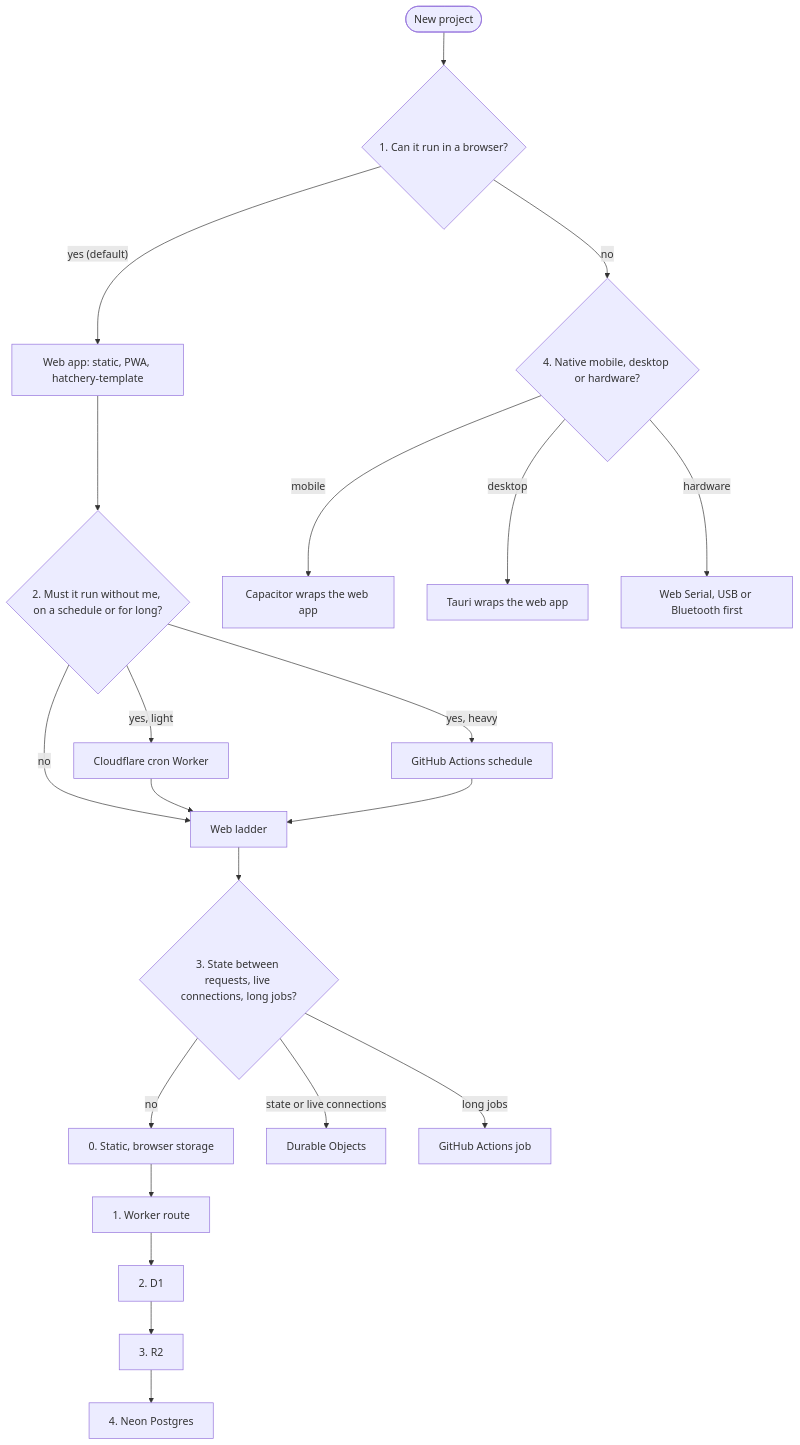
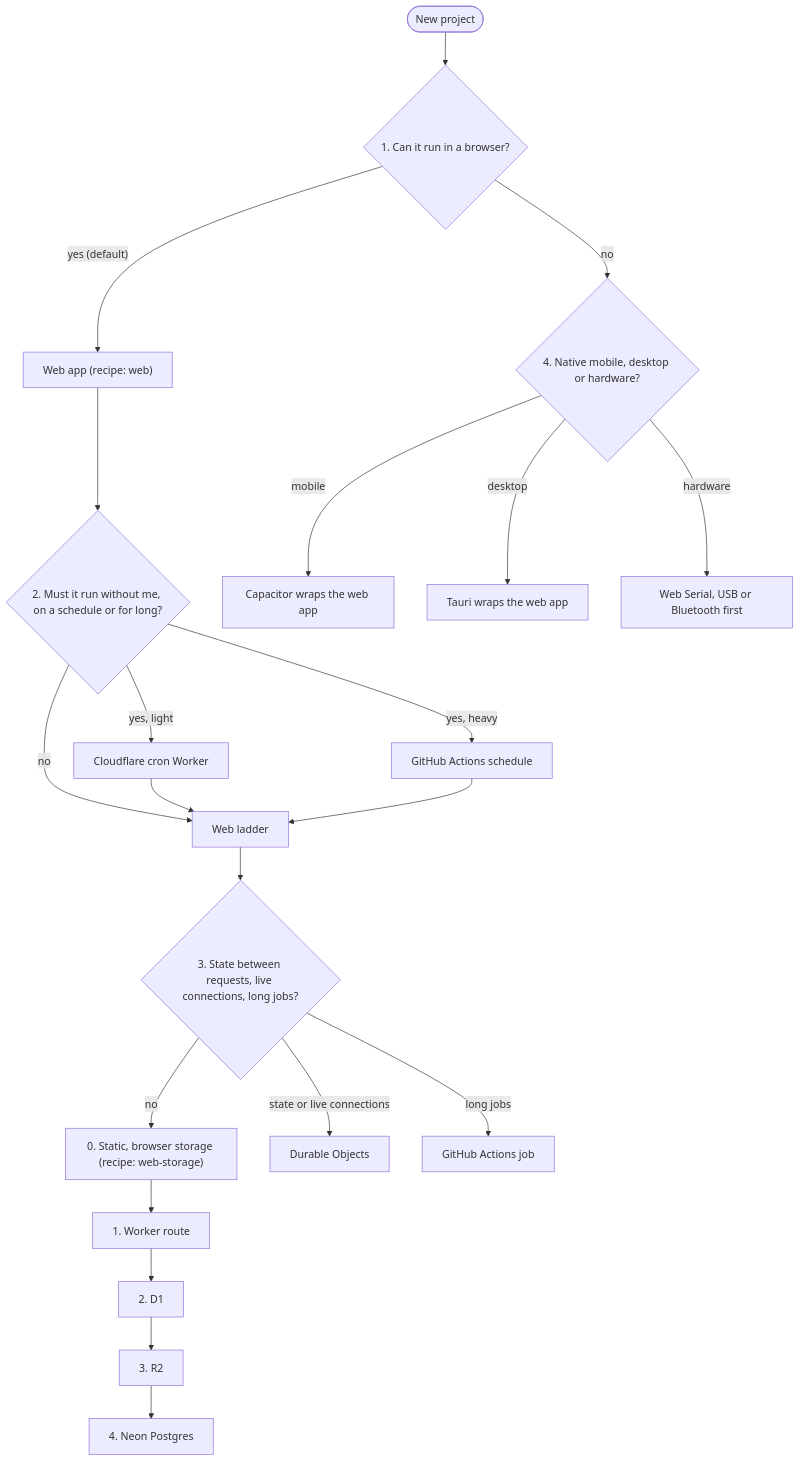
The diagram in DECISION-TREE.md (yuvalginor/hatchery), drawn with Mermaid before and after one commit. The commit also changed other lines of this file and 6 other files, not shown here.

````diff
--- a/DECISION-TREE.md
+++ b/DECISION-TREE.md
@@ -5,27 +7,27 @@
 ```mermaid
 flowchart TD
   start([New project]) --> browser{1. Can it run in a browser?}
-  browser -- "yes (default)" --> web[Web app: static, PWA, hatchery-template]
+  browser -- "yes (default)" --> web["Web app (recipe: web)"]
   browser -- no --> native{4. Native mobile, desktop or hardware?}
 
   web --> unattended{2. Must it run without me, on a schedule or for long?}
   unattended -- no --> ladder
   unattended -- "yes, light" --> cron[Cloudflare cron Worker]
   unattended -- "yes, heavy" --> actions[GitHub Actions schedule]
   cron --> ladder
   actions --> ladder
 
   ladder[Web ladder] --> stateful{3. State between requests, live connections, long jobs?}
   stateful -- no --> r0
   stateful -- "state or live connections" --> durable[Durable Objects]
   stateful -- "long jobs" --> actions2[GitHub Actions job]
 
-  r0[0. Static, browser storage] --> r1[1. Worker route]
+  r0["0. Static, browser storage (recipe: web-storage)"] --> r1[1. Worker route]
   r1 --> r2[2. D1]
   r2 --> r3[3. R2]
   r3 --> r4[4. Neon Postgres]
 
   native -- mobile --> capacitor[Capacitor wraps the web app]
   native -- desktop --> tauri[Tauri wraps the web app]
   native -- hardware --> webhw[Web Serial, USB or Bluetooth first]
 ```
````
